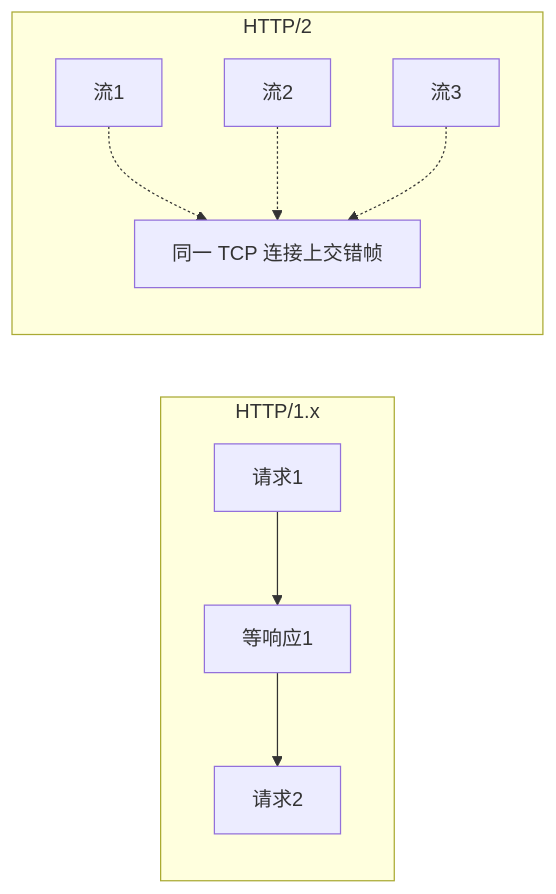
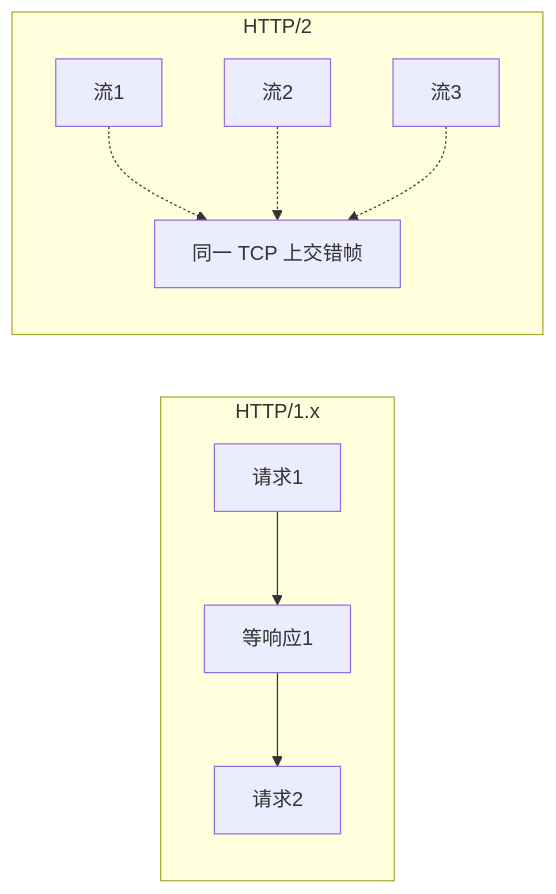
The fourth of 9 diagrams in 八股/计算机网络/04-HTTP.md (heathcetide/heathcetide-knowledge), drawn with Mermaid before and after one commit. The commit also changed other lines of this file and 14 other files, not shown here.

````diff
--- a/八股/计算机网络/04-HTTP.md
+++ b/八股/计算机网络/04-HTTP.md
@@ -160,15 +295,15 @@
 ```mermaid
 flowchart LR
   subgraph H1["HTTP/1.x"]
     R1["请求1"] --> W1["等响应1"]
     W1 --> R2["请求2"]
   end
   subgraph H2["HTTP/2"]
-    S1["流1"] 
+    S1["流1"]
     S2["流2"]
     S3["流3"]
-    S1 -.-> Conn["同一 TCP 连接上交错帧"]
+    S1 -.-> Conn["同一 TCP 上交错帧"]
     S2 -.-> Conn
     S3 -.-> Conn
   end
 ```
````
